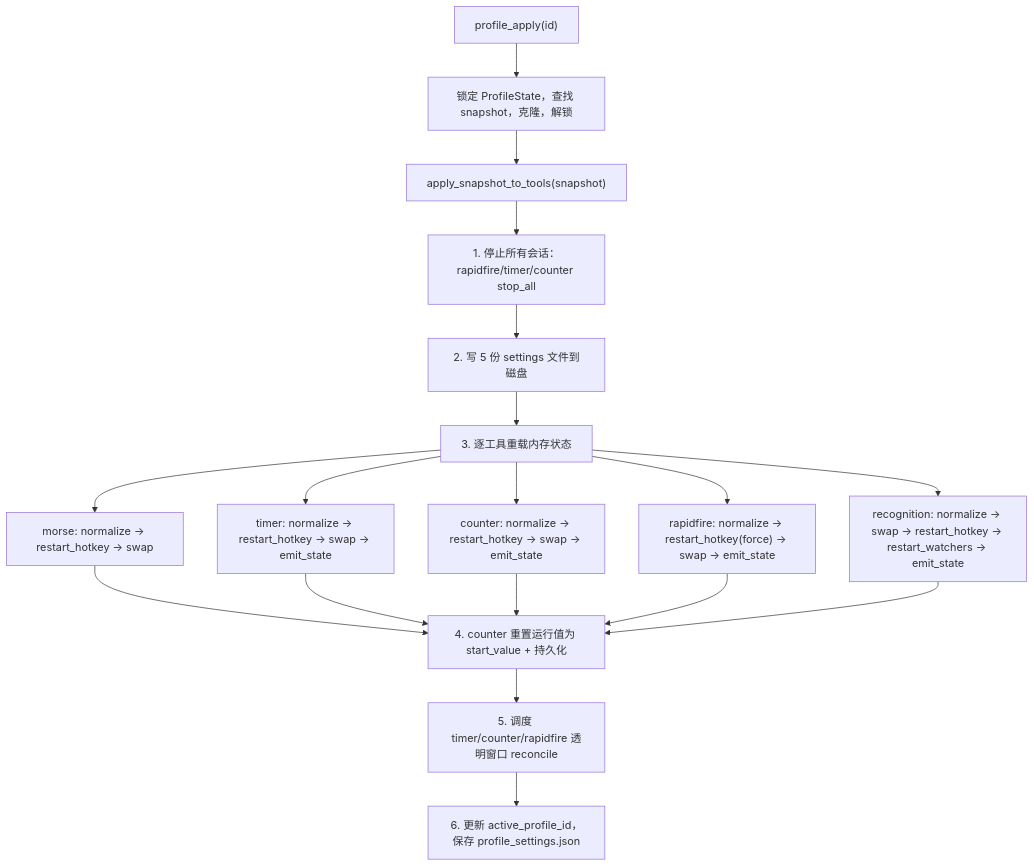
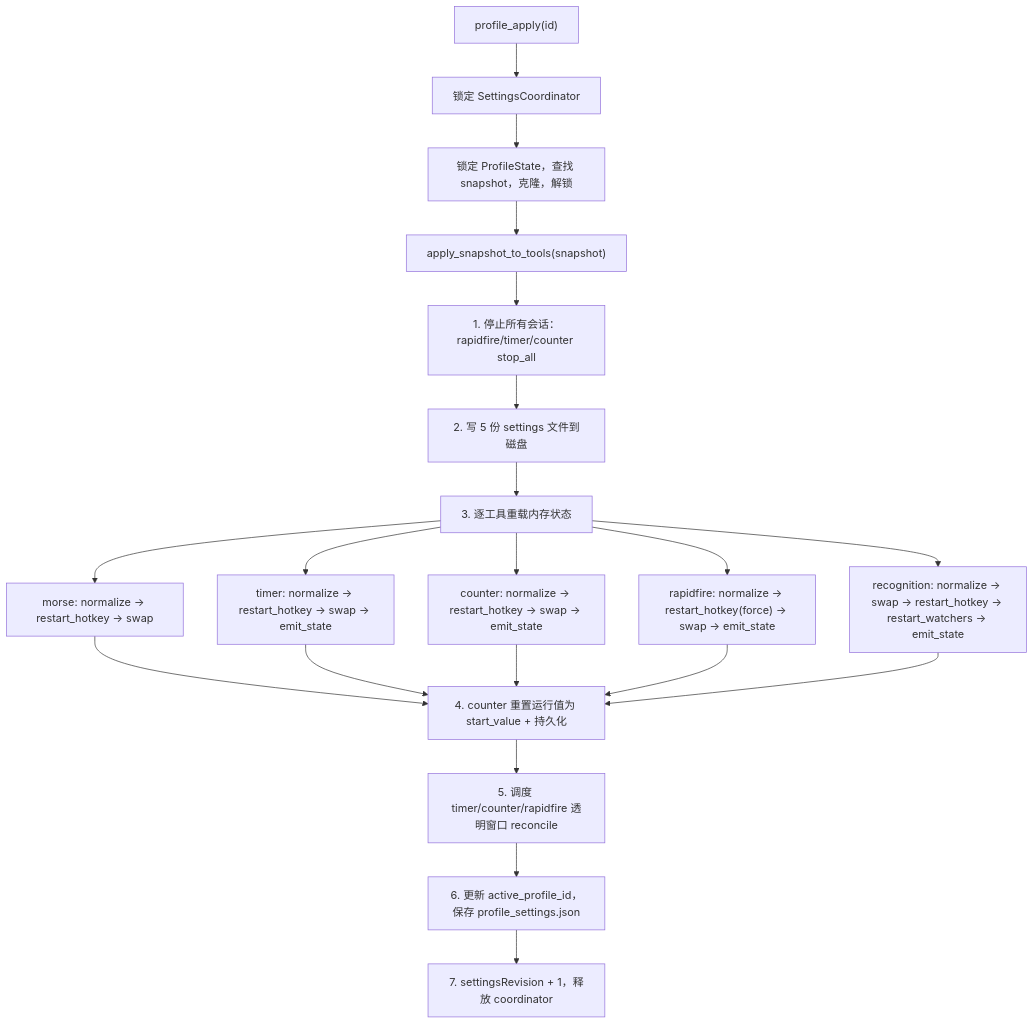
One commit to IZRINO/delta-auto-tools changed the first of 2 diagrams in droid-wiki/systems/profile-system.md. Above: the diagram before and after it, drawn with Mermaid. The commit also changed other lines of this file and 24 other files, not shown here.

````diff
--- a/droid-wiki/systems/profile-system.md
+++ b/droid-wiki/systems/profile-system.md
@@ -53,16 +55,18 @@
 ```mermaid
 flowchart TD
-    A["profile_apply(id)"] --> B["锁定 ProfileState，查找 snapshot，克隆，解锁"]
+    A["profile_apply(id)"] --> L["锁定 SettingsCoordinator"]
+    L --> B["锁定 ProfileState，查找 snapshot，克隆，解锁"]
     B --> C["apply_snapshot_to_tools(snapshot)"]
     C --> D["1. 停止所有会话：rapidfire/timer/counter stop_all"]
     D --> E["2. 写 5 份 settings 文件到磁盘"]
     E --> F["3. 逐工具重载内存状态"]
     F --> F1["morse: normalize → restart_hotkey → swap"]
     F --> F2["timer: normalize → restart_hotkey → swap → emit_state"]
     F --> F3["counter: normalize → restart_hotkey → swap → emit_state"]
     F --> F4["rapidfire: normalize → restart_hotkey(force) → swap → emit_state"]
     F --> F5["recognition: normalize → swap → restart_hotkey → restart_watchers → emit_state"]
     F1 & F2 & F3 & F4 & F5 --> G["4. counter 重置运行值为 start_value + 持久化"]
     G --> H["5. 调度 timer/counter/rapidfire 透明窗口 reconcile"]
     H --> I["6. 更新 active_profile_id，保存 profile_settings.json"]
+    I --> J["7. settingsRevision + 1，释放 coordinator"]
 ```
````
